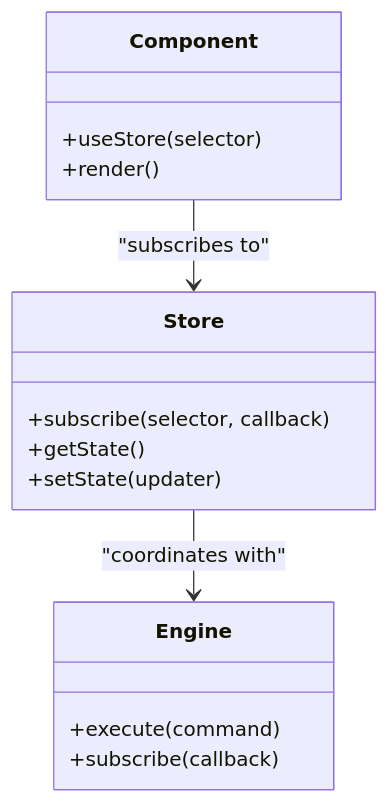
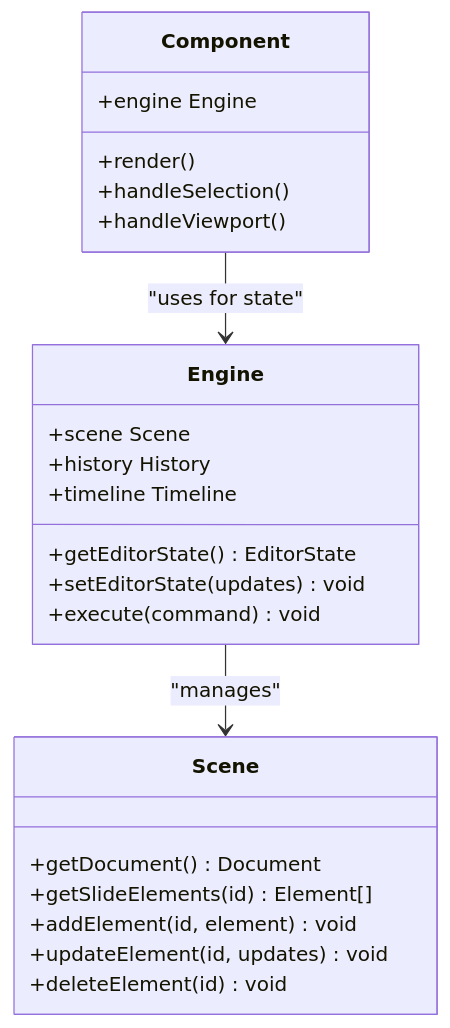
One commit to Anna0314zy/ai_editor_enginer changed the fourth of 7 diagrams in .qoder/repowiki/en/content/State Management.md. Above: the diagram before and after it, drawn with Mermaid. The commit also changed other lines of this file and 41 other files, not shown here.

````diff
--- a/.qoder/repowiki/en/content/State Management.md
+++ b/.qoder/repowiki/en/content/State Management.md
@@ -183,18 +207,26 @@
 ```mermaid
 classDiagram
-class Store {
-+subscribe(selector, callback)
-+getState()
-+setState(updater)
+class Engine {
++getEditorState() EditorState
++setEditorState(updates) void
++execute(command) void
++scene Scene
++history History
++timeline Timeline
 }
 class Component {
-+useStore(selector)
++engine Engine
 +render()
++handleSelection()
++handleViewport()
 }
-class Engine {
-+execute(command)
-+subscribe(callback)
+class Scene {
++getDocument() Document
++getSlideElements(id) Element[]
++addElement(id, element) void
++updateElement(id, updates) void
++deleteElement(id) void
 }
-Component --> Store : "subscribes to"
-Store --> Engine : "coordinates with"
+Component --> Engine : "uses for state"
+Engine --> Scene : "manages"
 ```
````
